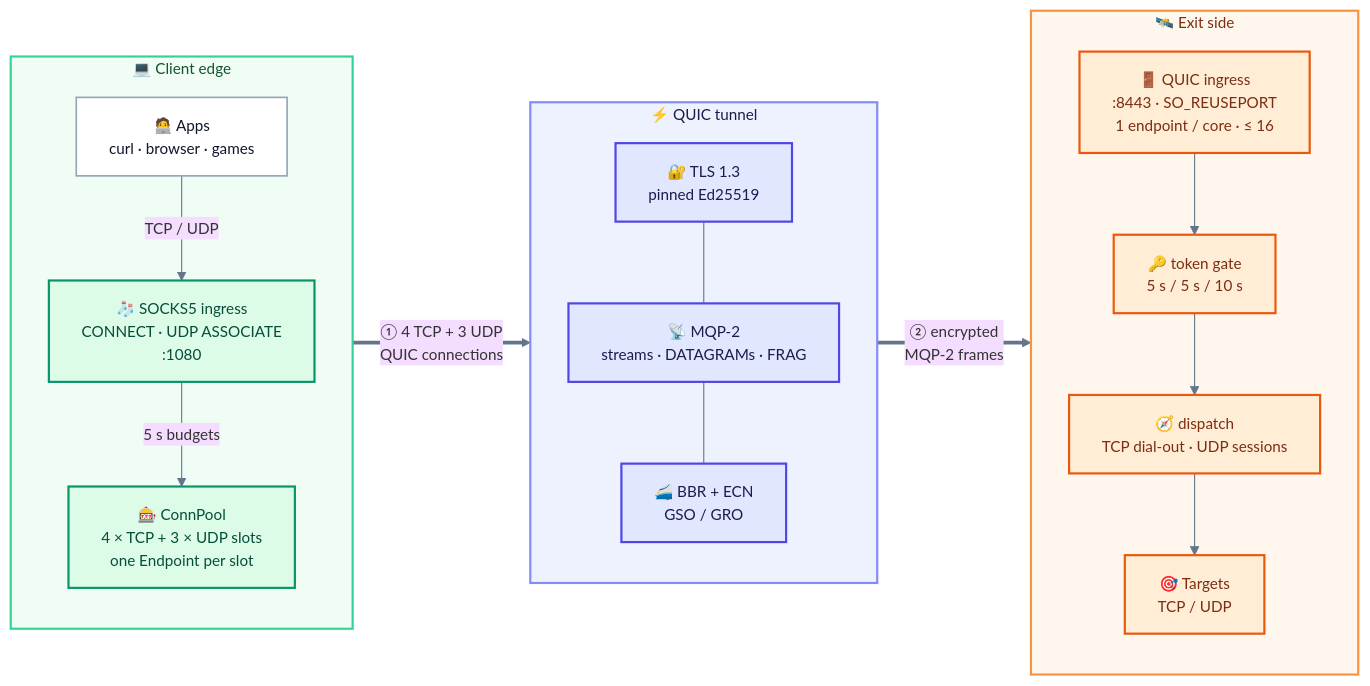
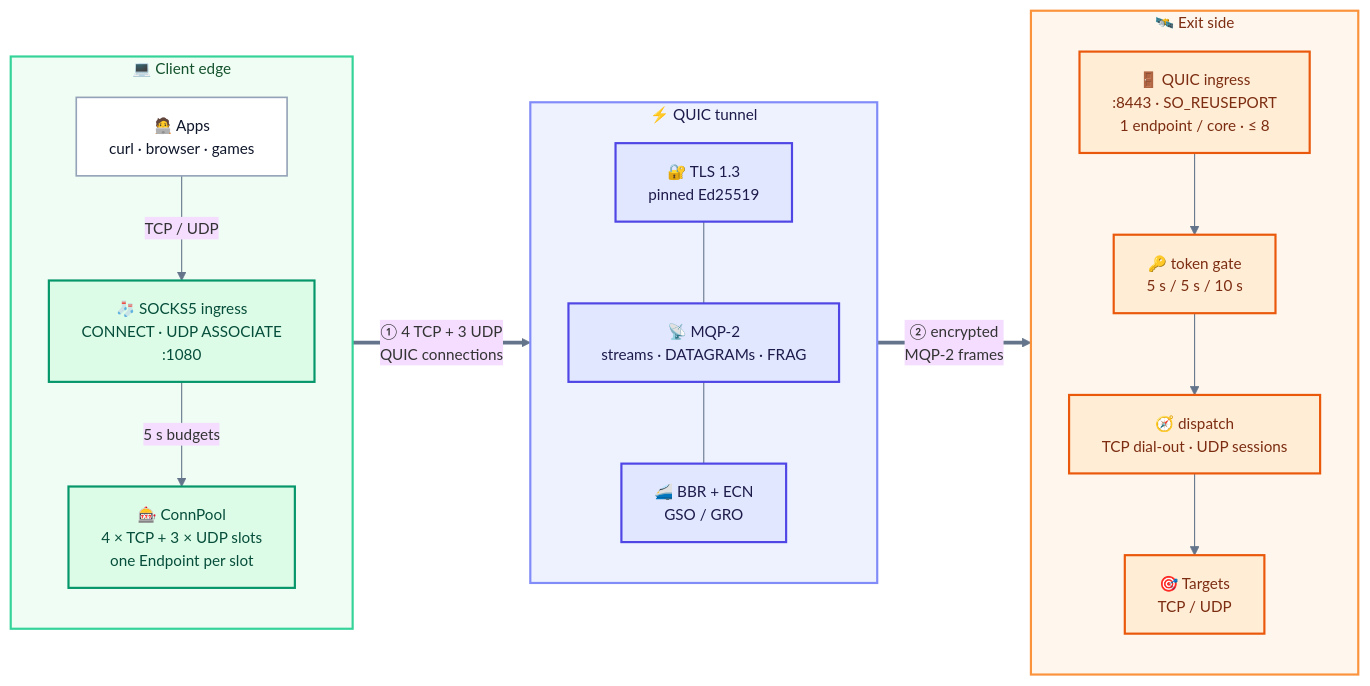
Before and after one commit to Terutoki/MyQUIC2: the first of 8 diagrams in README.md, drawn with Mermaid. The commit also changed other lines of this file and 14 other files, not shown here.

````diff
--- a/README.md
+++ b/README.md
@@ -42,42 +42,42 @@
 ```mermaid
 %%{init: {"theme":"base","themeVariables":{"fontSize":"14px","lineColor":"#64748b"}}}%%
 flowchart LR
     subgraph EDGE["💻  Client edge"]
         direction TB
         APPS["🧑‍💻 Apps<br/>curl · browser · games"]
         SOCKS["🧦 SOCKS5 ingress<br/>CONNECT · UDP ASSOCIATE<br/>:1080"]
         POOL["🎰 ConnPool<br/>4 × TCP + 3 × UDP slots<br/>one Endpoint per slot"]
         APPS -->|"TCP / UDP"| SOCKS
         SOCKS -->|"5 s budgets"| POOL
     end
     subgraph TUNNEL["⚡  QUIC tunnel"]
         direction TB
         TLS["🔐 TLS 1.3<br/>pinned Ed25519"]
         MQP["📡 MQP-2<br/>streams · DATAGRAMs · FRAG"]
         CC["🚄 BBR + ECN<br/>GSO / GRO"]
         TLS --- MQP --- CC
     end
     subgraph EXIT["🛰️  Exit side"]
         direction TB
-        ING["🚪 QUIC ingress<br/>:8443 · SO_REUSEPORT<br/>1 endpoint / core · ≤ 16"]
+        ING["🚪 QUIC ingress<br/>:8443 · SO_REUSEPORT<br/>1 endpoint / core · ≤ 8"]
         AUTH["🔑 token gate<br/>5 s / 5 s / 10 s"]
         ROUTE["🧭 dispatch<br/>TCP dial-out · UDP sessions"]
         TARGETS["🎯 Targets<br/>TCP / UDP"]
         ING --> AUTH
         AUTH --> ROUTE
         ROUTE --> TARGETS
     end
     EDGE ==>|"① 4 TCP + 3 UDP<br/>QUIC connections"| TUNNEL
     TUNNEL ==>|"② encrypted<br/>MQP-2 frames"| EXIT
     style EDGE fill:#f0fdf4,stroke:#34d399,stroke-width:2px,color:#14532d
     style TUNNEL fill:#eef2ff,stroke:#818cf8,stroke-width:2px,color:#1e1b4b
     style EXIT fill:#fff7ed,stroke:#fb923c,stroke-width:2px,color:#7c2d12
     classDef app fill:#ffffff,stroke:#94a3b8,stroke-width:1.5px,color:#0f172a
     classDef edge fill:#dcfce7,stroke:#059669,stroke-width:2px,color:#064e3b
     classDef tun fill:#e0e7ff,stroke:#4f46e5,stroke-width:2px,color:#1e1b4b
     classDef exit fill:#ffedd5,stroke:#ea580c,stroke-width:2px,color:#7c2d12
     class APPS app
     class SOCKS,POOL edge
     class TLS,MQP,CC tun
     class ING,AUTH,ROUTE,TARGETS exit
 ```
````
